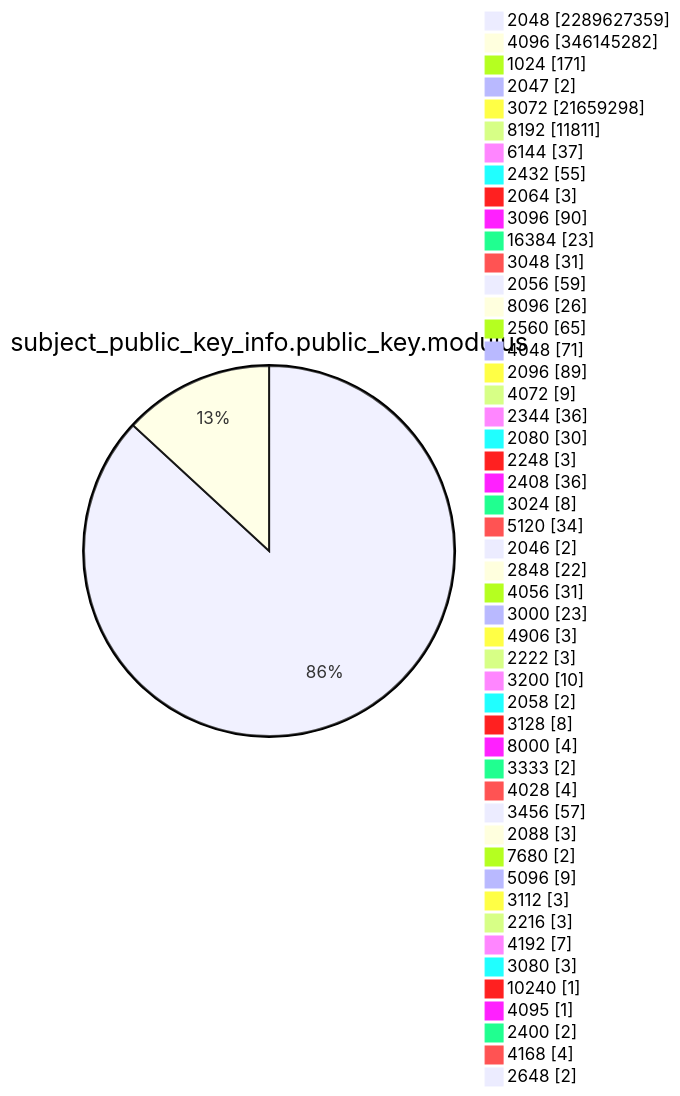
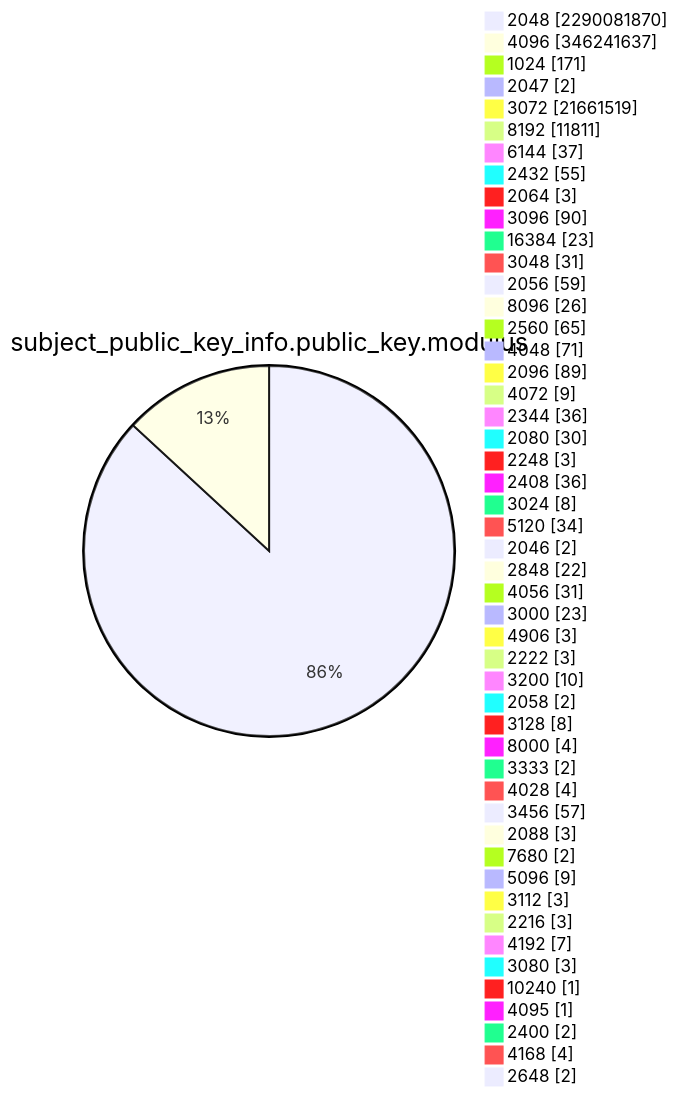
One commit to christiankrug/ctmonitor_visualization changed diagram 13 of 15 in TOTAL/README.md. Above: the diagram before and after it, drawn with Mermaid. The commit also changed other lines of this file, not shown here.

````diff
--- a/TOTAL/README.md
+++ b/TOTAL/README.md
@@ -4167,53 +4167,53 @@
 ```mermaid
 pie showData
 title subject_public_key_info.public_key.modulus
-"2048" :2289627359
-"4096" :346145282
+"2048" :2290081870
+"4096" :346241637
 "1024" :171
 "2047" :2
-"3072" :21659298
+"3072" :21661519
 "8192" :11811
 "6144" :37
 "2432" :55
 "2064" :3
 "3096" :90
 "16384" :23
 "3048" :31
 "2056" :59
 "8096" :26
 "2560" :65
 "4048" :71
 "2096" :89
 "4072" :9
 "2344" :36
 "2080" :30
 "2248" :3
 "2408" :36
 "3024" :8
 "5120" :34
 "2046" :2
 "2848" :22
 "4056" :31
 "3000" :23
 "4906" :3
 "2222" :3
 "3200" :10
 "2058" :2
 "3128" :8
 "8000" :4
 "3333" :2
 "4028" :4
 "3456" :57
 "2088" :3
 "7680" :2
 "5096" :9
 "3112" :3
 "2216" :3
 "4192" :7
 "3080" :3
 "10240" :1
 "4095" :1
 "2400" :2
 "4168" :4
 "2648" :2
 ```
````
